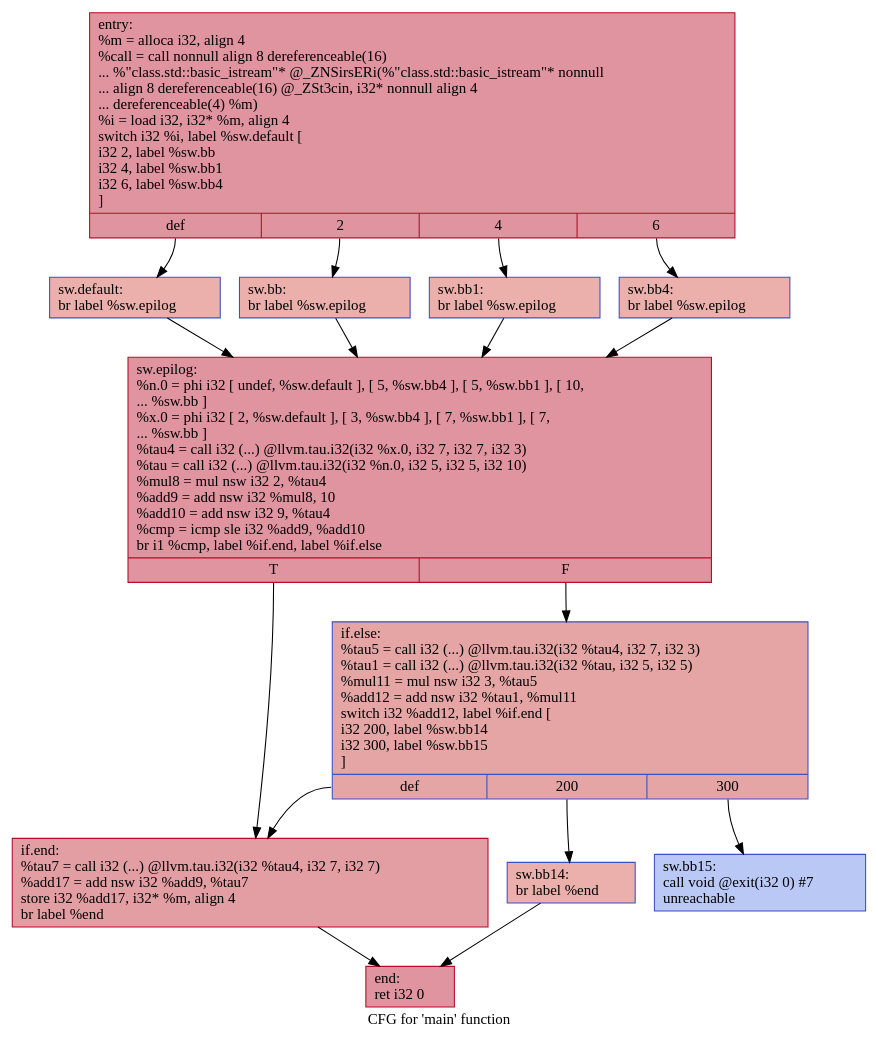
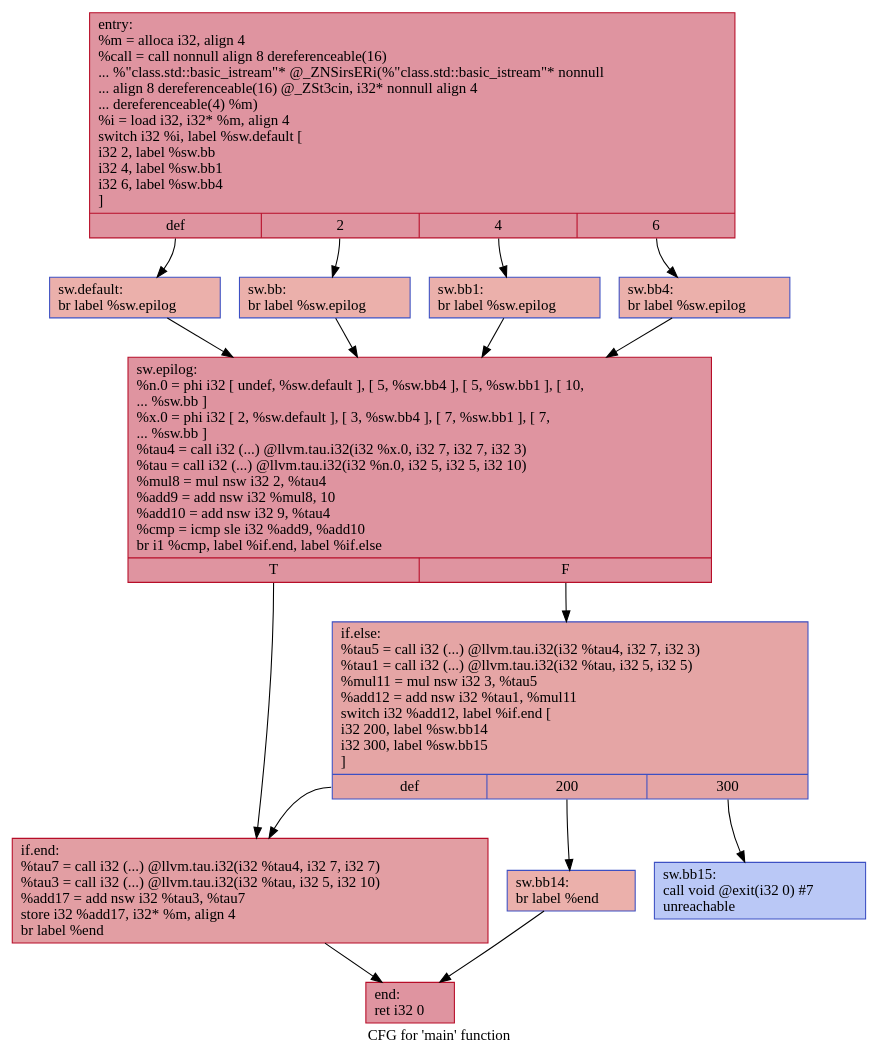
One commit to HPSSA-LLVM/HPSSA-LLVM changed the diagram in IR/cfg/SCCP_HPSSA.dot. Above: the diagram before and after it, drawn with Graphviz. The commit also changed 28 other files, not shown here.

```diff
--- a/IR/cfg/SCCP_HPSSA.dot
+++ b/IR/cfg/SCCP_HPSSA.dot
@@ -1,30 +1,30 @@
 digraph "CFG for 'main' function" {
 	label="CFG for 'main' function";
 
-	Node0x564c4b60d080 [shape=record,color="#b70d28ff", style=filled, fillcolor="#b70d2870",label="{entry:\l  %m = alloca i32, align 4\l  %call = call nonnull align 8 dereferenceable(16)\l... %\"class.std::basic_istream\"* @_ZNSirsERi(%\"class.std::basic_istream\"* nonnull\l... align 8 dereferenceable(16) @_ZSt3cin, i32* nonnull align 4\l... dereferenceable(4) %m)\l  %i = load i32, i32* %m, align 4\l  switch i32 %i, label %sw.default [\l    i32 2, label %sw.bb\l    i32 4, label %sw.bb1\l    i32 6, label %sw.bb4\l  ]\l|{<s0>def|<s1>2|<s2>4|<s3>6}}"];
-	Node0x564c4b60d080:s0 -> Node0x564c4b60d4c0;
-	Node0x564c4b60d080:s1 -> Node0x564c4b60d5d0;
-	Node0x564c4b60d080:s2 -> Node0x564c4b60d6d0;
-	Node0x564c4b60d080:s3 -> Node0x564c4b60d7d0;
-	Node0x564c4b60d5d0 [shape=record,color="#3d50c3ff", style=filled, fillcolor="#d24b4070",label="{sw.bb:                                            \l  br label %sw.epilog\l}"];
-	Node0x564c4b60d5d0 -> Node0x564c4b60d8f0;
-	Node0x564c4b60d6d0 [shape=record,color="#3d50c3ff", style=filled, fillcolor="#d24b4070",label="{sw.bb1:                                           \l  br label %sw.epilog\l}"];
-	Node0x564c4b60d6d0 -> Node0x564c4b60d8f0;
-	Node0x564c4b60d7d0 [shape=record,color="#3d50c3ff", style=filled, fillcolor="#d24b4070",label="{sw.bb4:                                           \l  br label %sw.epilog\l}"];
-	Node0x564c4b60d7d0 -> Node0x564c4b60d8f0;
-	Node0x564c4b60d4c0 [shape=record,color="#3d50c3ff", style=filled, fillcolor="#d24b4070",label="{sw.default:                                       \l  br label %sw.epilog\l}"];
-	Node0x564c4b60d4c0 -> Node0x564c4b60d8f0;
-	Node0x564c4b60d8f0 [shape=record,color="#b70d28ff", style=filled, fillcolor="#b70d2870",label="{sw.epilog:                                        \l  %n.0 = phi i32 [ undef, %sw.default ], [ 5, %sw.bb4 ], [ 5, %sw.bb1 ], [ 10,\l... %sw.bb ]\l  %x.0 = phi i32 [ 2, %sw.default ], [ 3, %sw.bb4 ], [ 7, %sw.bb1 ], [ 7,\l... %sw.bb ]\l  %tau4 = call i32 (...) @llvm.tau.i32(i32 %x.0, i32 7, i32 7, i32 3)\l  %tau = call i32 (...) @llvm.tau.i32(i32 %n.0, i32 5, i32 5, i32 10)\l  %mul8 = mul nsw i32 2, %tau4\l  %add9 = add nsw i32 %mul8, 10\l  %add10 = add nsw i32 9, %tau4\l  %cmp = icmp sle i32 %add9, %add10\l  br i1 %cmp, label %if.end, label %if.else\l|{<s0>T|<s1>F}}"];
-	Node0x564c4b60d8f0:s0 -> Node0x564c4b60ea90;
-	Node0x564c4b60d8f0:s1 -> Node0x564c4b60eb00;
-	Node0x564c4b60eb00 [shape=record,color="#3d50c3ff", style=filled, fillcolor="#c5333470",label="{if.else:                                          \l  %tau5 = call i32 (...) @llvm.tau.i32(i32 %tau4, i32 7, i32 3)\l  %tau1 = call i32 (...) @llvm.tau.i32(i32 %tau, i32 5, i32 5)\l  %mul11 = mul nsw i32 3, %tau5\l  %add12 = add nsw i32 %tau1, %mul11\l  switch i32 %add12, label %if.end [\l    i32 200, label %sw.bb14\l    i32 300, label %sw.bb15\l  ]\l|{<s0>def|<s1>200|<s2>300}}"];
-	Node0x564c4b60eb00:s0 -> Node0x564c4b60ea90;
-	Node0x564c4b60eb00:s1 -> Node0x564c4b60ee90;
-	Node0x564c4b60eb00:s2 -> Node0x564c4b60ef30;
-	Node0x564c4b60ee90 [shape=record,color="#3d50c3ff", style=filled, fillcolor="#d24b4070",label="{sw.bb14:                                          \l  br label %end\l}"];
-	Node0x564c4b60ee90 -> Node0x564c4b60f3e0;
-	Node0x564c4b60ef30 [shape=record,color="#3d50c3ff", style=filled, fillcolor="#6282ea70",label="{sw.bb15:                                          \l  call void @exit(i32 0) #7\l  unreachable\l}"];
-	Node0x564c4b60ea90 [shape=record,color="#b70d28ff", style=filled, fillcolor="#be242e70",label="{if.end:                                           \l  %tau7 = call i32 (...) @llvm.tau.i32(i32 %tau4, i32 7, i32 7)\l  %add17 = add nsw i32 %add9, %tau7\l  store i32 %add17, i32* %m, align 4\l  br label %end\l}"];
-	Node0x564c4b60ea90 -> Node0x564c4b60f3e0;
-	Node0x564c4b60f3e0 [shape=record,color="#b70d28ff", style=filled, fillcolor="#b70d2870",label="{end:                                              \l  ret i32 0\l}"];
+	Node0x55c2a10ca0c0 [shape=record,color="#b70d28ff", style=filled, fillcolor="#b70d2870",label="{entry:\l  %m = alloca i32, align 4\l  %call = call nonnull align 8 dereferenceable(16)\l... %\"class.std::basic_istream\"* @_ZNSirsERi(%\"class.std::basic_istream\"* nonnull\l... align 8 dereferenceable(16) @_ZSt3cin, i32* nonnull align 4\l... dereferenceable(4) %m)\l  %i = load i32, i32* %m, align 4\l  switch i32 %i, label %sw.default [\l    i32 2, label %sw.bb\l    i32 4, label %sw.bb1\l    i32 6, label %sw.bb4\l  ]\l|{<s0>def|<s1>2|<s2>4|<s3>6}}"];
+	Node0x55c2a10ca0c0:s0 -> Node0x55c2a10ca500;
+	Node0x55c2a10ca0c0:s1 -> Node0x55c2a10ca610;
+	Node0x55c2a10ca0c0:s2 -> Node0x55c2a10ca710;
+	Node0x55c2a10ca0c0:s3 -> Node0x55c2a10ca810;
+	Node0x55c2a10ca610 [shape=record,color="#3d50c3ff", style=filled, fillcolor="#d24b4070",label="{sw.bb:                                            \l  br label %sw.epilog\l}"];
+	Node0x55c2a10ca610 -> Node0x55c2a10ca930;
+	Node0x55c2a10ca710 [shape=record,color="#3d50c3ff", style=filled, fillcolor="#d24b4070",label="{sw.bb1:                                           \l  br label %sw.epilog\l}"];
+	Node0x55c2a10ca710 -> Node0x55c2a10ca930;
+	Node0x55c2a10ca810 [shape=record,color="#3d50c3ff", style=filled, fillcolor="#d24b4070",label="{sw.bb4:                                           \l  br label %sw.epilog\l}"];
+	Node0x55c2a10ca810 -> Node0x55c2a10ca930;
+	Node0x55c2a10ca500 [shape=record,color="#3d50c3ff", style=filled, fillcolor="#d24b4070",label="{sw.default:                                       \l  br label %sw.epilog\l}"];
+	Node0x55c2a10ca500 -> Node0x55c2a10ca930;
+	Node0x55c2a10ca930 [shape=record,color="#b70d28ff", style=filled, fillcolor="#b70d2870",label="{sw.epilog:                                        \l  %n.0 = phi i32 [ undef, %sw.default ], [ 5, %sw.bb4 ], [ 5, %sw.bb1 ], [ 10,\l... %sw.bb ]\l  %x.0 = phi i32 [ 2, %sw.default ], [ 3, %sw.bb4 ], [ 7, %sw.bb1 ], [ 7,\l... %sw.bb ]\l  %tau4 = call i32 (...) @llvm.tau.i32(i32 %x.0, i32 7, i32 7, i32 3)\l  %tau = call i32 (...) @llvm.tau.i32(i32 %n.0, i32 5, i32 5, i32 10)\l  %mul8 = mul nsw i32 2, %tau4\l  %add9 = add nsw i32 %mul8, 10\l  %add10 = add nsw i32 9, %tau4\l  %cmp = icmp sle i32 %add9, %add10\l  br i1 %cmp, label %if.end, label %if.else\l|{<s0>T|<s1>F}}"];
+	Node0x55c2a10ca930:s0 -> Node0x55c2a10cbad0;
+	Node0x55c2a10ca930:s1 -> Node0x55c2a10cbb40;
+	Node0x55c2a10cbb40 [shape=record,color="#3d50c3ff", style=filled, fillcolor="#c5333470",label="{if.else:                                          \l  %tau5 = call i32 (...) @llvm.tau.i32(i32 %tau4, i32 7, i32 3)\l  %tau1 = call i32 (...) @llvm.tau.i32(i32 %tau, i32 5, i32 5)\l  %mul11 = mul nsw i32 3, %tau5\l  %add12 = add nsw i32 %tau1, %mul11\l  switch i32 %add12, label %if.end [\l    i32 200, label %sw.bb14\l    i32 300, label %sw.bb15\l  ]\l|{<s0>def|<s1>200|<s2>300}}"];
+	Node0x55c2a10cbb40:s0 -> Node0x55c2a10cbad0;
+	Node0x55c2a10cbb40:s1 -> Node0x55c2a10cbed0;
+	Node0x55c2a10cbb40:s2 -> Node0x55c2a10cbf70;
+	Node0x55c2a10cbed0 [shape=record,color="#3d50c3ff", style=filled, fillcolor="#d24b4070",label="{sw.bb14:                                          \l  br label %end\l}"];
+	Node0x55c2a10cbed0 -> Node0x55c2a10cc420;
+	Node0x55c2a10cbf70 [shape=record,color="#3d50c3ff", style=filled, fillcolor="#6282ea70",label="{sw.bb15:                                          \l  call void @exit(i32 0) #7\l  unreachable\l}"];
+	Node0x55c2a10cbad0 [shape=record,color="#b70d28ff", style=filled, fillcolor="#be242e70",label="{if.end:                                           \l  %tau7 = call i32 (...) @llvm.tau.i32(i32 %tau4, i32 7, i32 7)\l  %tau3 = call i32 (...) @llvm.tau.i32(i32 %tau, i32 5, i32 10)\l  %add17 = add nsw i32 %tau3, %tau7\l  store i32 %add17, i32* %m, align 4\l  br label %end\l}"];
+	Node0x55c2a10cbad0 -> Node0x55c2a10cc420;
+	Node0x55c2a10cc420 [shape=record,color="#b70d28ff", style=filled, fillcolor="#b70d2870",label="{end:                                              \l  ret i32 0\l}"];
 }
```
